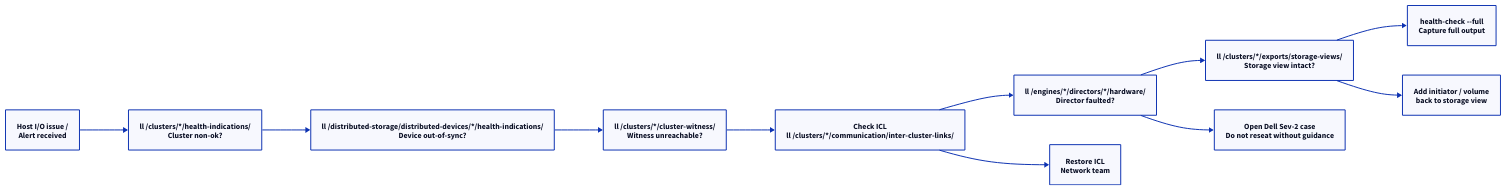
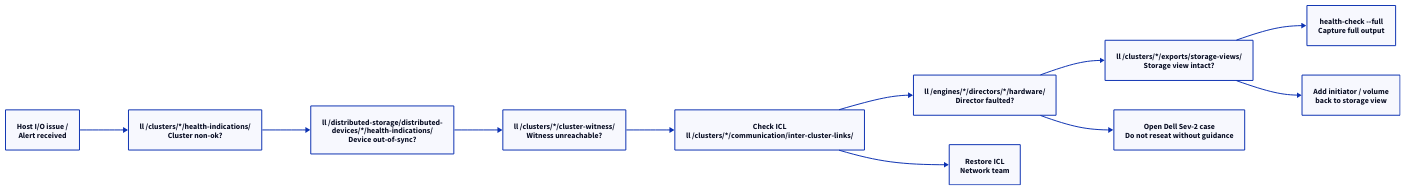
Before and after one commit to canast01/chris-kb: the third of 3 diagrams in docs/storage/dell/vplex/troubleshooting/common-issues.md, drawn with D2. The commit also changed 192 other files, not shown here.

````diff
--- a/docs/storage/dell/vplex/troubleshooting/common-issues.md
+++ b/docs/storage/dell/vplex/troubleshooting/common-issues.md
@@ -95,26 +95,26 @@
 ```d2
 direction: right
 
 alert: "Host I/O issue /\nAlert received" {shape: rectangle}
 clHealth: "ll /clusters/*/health-indications/\nCluster non-ok?" {shape: rectangle}
-ddHealth: "ll /distributed-storage/distributed-devices/*/health-indications/\nDevice out-of-sync?" {shape: rectangle}
+ddHealth: "ll /distributed-storage/distributed-\ndevices/*/health-indications/\nDevice out-of-sync?" {shape: rectangle}
 witnessHlth: "ll /clusters/*/cluster-witness/\nWitness unreachable?" {shape: rectangle}
 iclHlth: "Check ICL\nll /clusters/*/communication/inter-cluster-links/" {shape: rectangle}
 dirHealth: "ll /engines/*/directors/*/hardware/\nDirector faulted?" {shape: rectangle}
 svCheck: "ll /clusters/*/exports/storage-views/\nStorage view intact?" {shape: rectangle}
 hcFull: "health-check --full\nCapture full output" {shape: rectangle}
 iclDown: "Restore ICL\nNetwork team" {shape: rectangle}
 dirFault: "Open Dell Sev-2 case\nDo not reseat without guidance" {shape: rectangle}
 svFix: "Add initiator / volume\nback to storage view" {shape: rectangle}
 
 alert -> clHealth
 clHealth -> ddHealth
 ddHealth -> witnessHlth
 witnessHlth -> iclHlth
 iclHlth -> dirHealth
 dirHealth -> svCheck
 svCheck -> hcFull
 iclHlth -> iclDown
 dirHealth -> dirFault
 svCheck -> svFix
 ```
````
